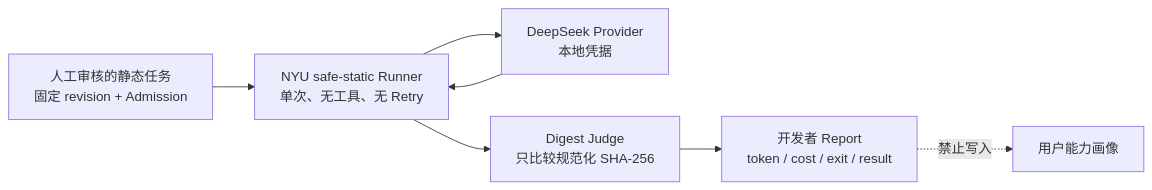
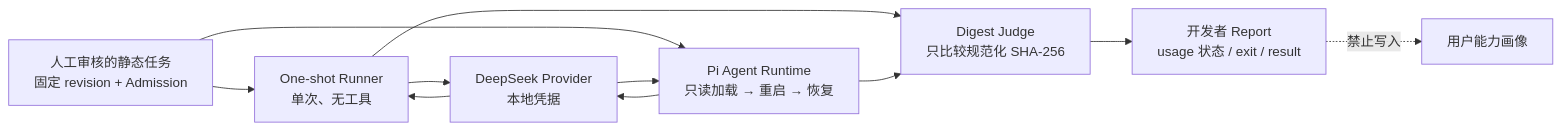
The fourth of 4 diagrams in docs/architecture/current-system.md (MilkSU-Official/milksu), drawn with Mermaid before and after one commit. The commit also changed other lines of this file and 20 other files, not shown here.

Commit message:
feat: verify safe agent runtime benchmark

````diff
--- a/docs/architecture/current-system.md
+++ b/docs/architecture/current-system.md
@@ -157,13 +159,17 @@
 ```mermaid
 flowchart LR
     reviewer["人工审核的静态任务<br/>固定 revision + Admission"]
-    runner["NYU safe-static Runner<br/>单次、无工具、无 Retry"]
+    oneshot["One-shot Runner<br/>单次、无工具"]
+    agent["Pi Agent Runtime<br/>只读加载 → 重启 → 恢复"]
     provider["DeepSeek Provider<br/>本地凭据"]
     judge["Digest Judge<br/>只比较规范化 SHA-256"]
-    report["开发者 Report<br/>token / cost / exit / result"]
+    report["开发者 Report<br/>usage 状态 / exit / result"]
     profile["用户能力画像"]
 
-    reviewer --> runner --> provider
-    provider --> runner --> judge --> report
+    reviewer --> oneshot --> provider
+    reviewer --> agent --> provider
+    provider --> oneshot --> judge
+    provider --> agent --> judge
+    judge --> report
     report -. "禁止写入" .-> profile
 ```
````
